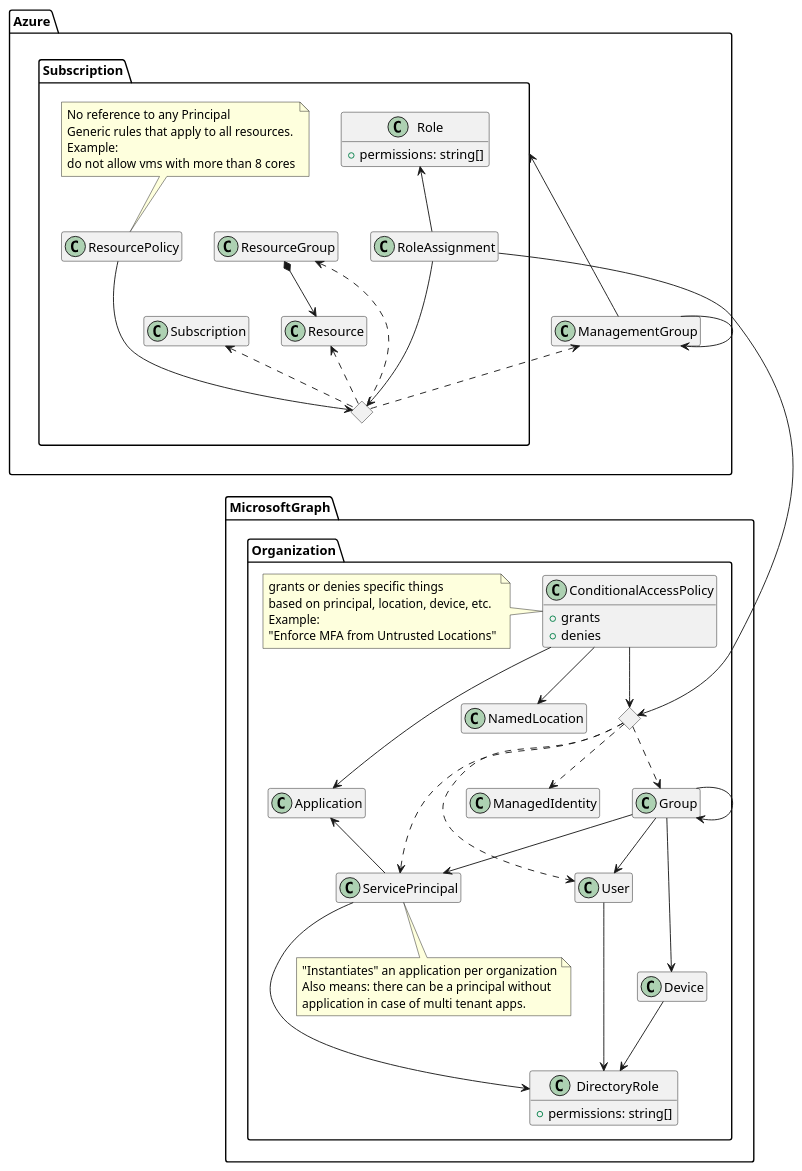
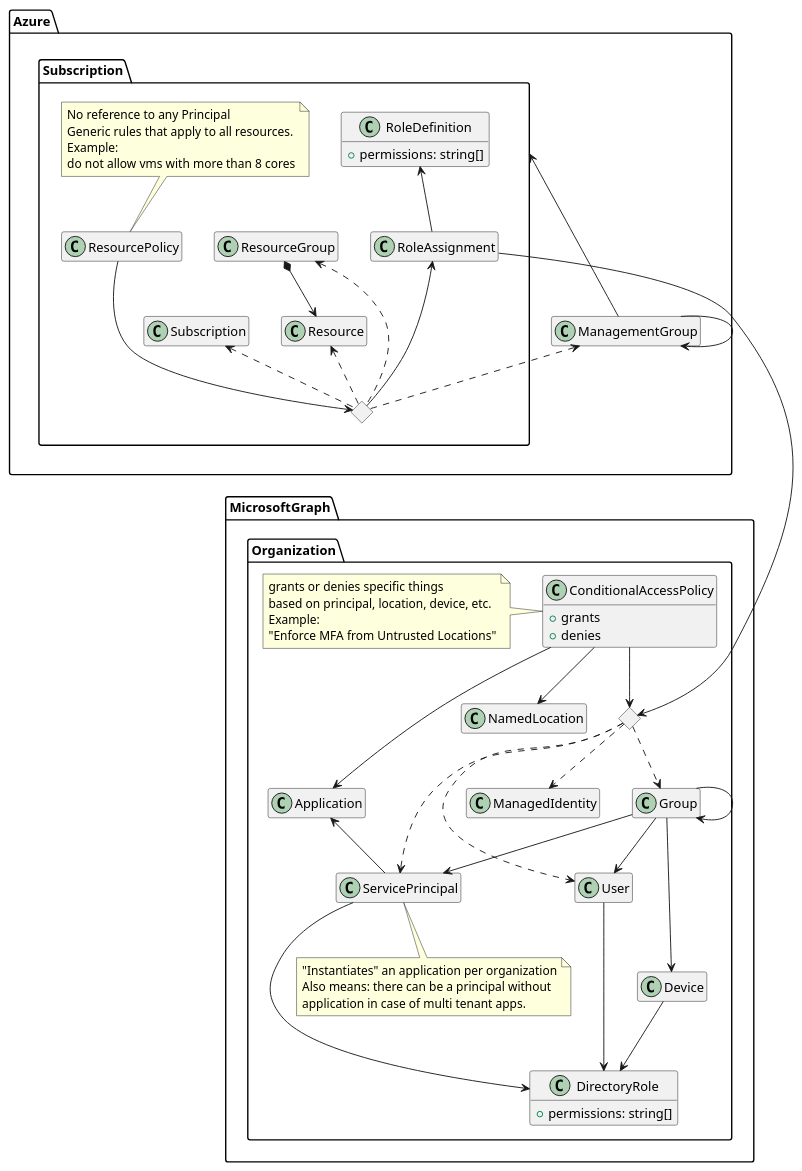
The diagram in plugins/azure/iam.puml (someengineering/fixinventory), drawn with PlantUML before and after one commit. The commit also changed 11 other files, not shown here.

```diff
--- a/plugins/azure/iam.puml
+++ b/plugins/azure/iam.puml
@@ -2,88 +2,88 @@
 @startuml
 hide empty members
 
 package MicrosoftGraph {
     package Organization {
         class Group
         class User
         class Device
         class ServicePrincipal
         class DirectoryRole {
           + permissions: string[]
         }
         class Application
         class ManagedIdentity
         class ConditionalAccessPolicy {
           + grants
           + denies
         }
         note bottom of ServicePrincipal
           "Instantiates" an application per organization
           Also means: there can be a principal without
           application in case of multi tenant apps.
         end note
         note left of ConditionalAccessPolicy
         grants or denies specific things
         based on principal, location, device, etc.
         Example:
         "Enforce MFA from Untrusted Locations"
         end note
         class NamedLocation
 
         <> Principal
         Principal ..> User
         Principal ..> ServicePrincipal
         Principal ..> Group
         Principal ..> ManagedIdentity
 
         ConditionalAccessPolicy --> Principal
         ConditionalAccessPolicy --> NamedLocation
         ConditionalAccessPolicy --> Application
 
         Group -> Group
         Group --> User
         Group ---> Device
         Group --> ServicePrincipal
         User --> DirectoryRole
         ServicePrincipal --> DirectoryRole
         Device --> DirectoryRole
         Application <-- ServicePrincipal
 
     }
 }
 
 package Azure {
     class ManagementGroup
     package Subscription {
         class RoleAssignment
         class ResourcePolicy
-        class Role {
+        class RoleDefinition {
             + permissions: string[]
         }
         class ResourceGroup
         class Resource
 
         <> Scope
         RoleAssignment -----> Principal
-        RoleAssignment ---> Scope
+        RoleAssignment <--- Scope
         ResourcePolicy ---> Scope
-        Role <-- RoleAssignment
+        RoleDefinition <-- RoleAssignment
         Subscription <.. Scope
         ResourceGroup <.. Scope
         Resource <.. Scope
         ManagementGroup <.. Scope
 
         note top of ResourcePolicy
           No reference to any Principal
           Generic rules that apply to all resources.
           Example:
           do not allow vms with more than 8 cores
         end note
     }
     ManagementGroup --> ManagementGroup
     Subscription <-- ManagementGroup
     ResourceGroup *--> Resource
 
 }
 
 @enduml
```
